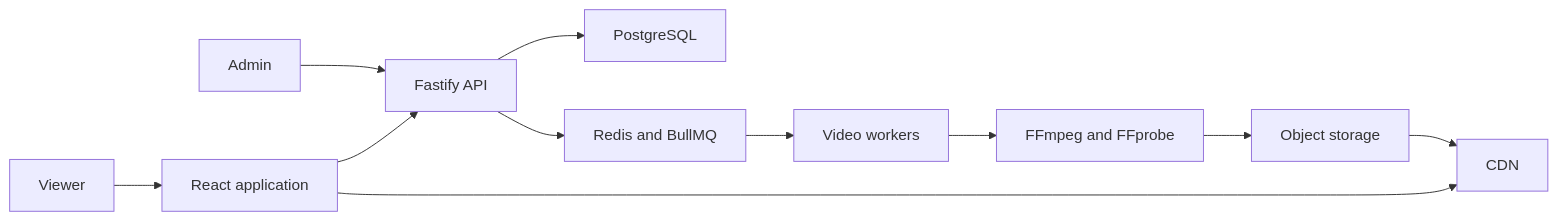
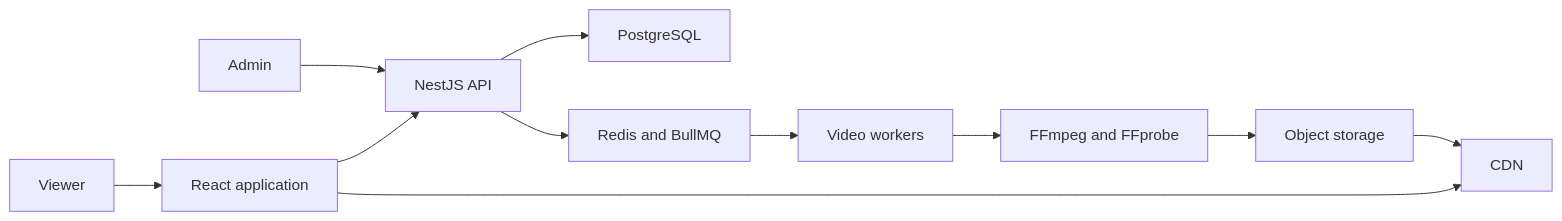
Before and after one commit to brickly26/tv-Broadcast: the diagram in docs/ARCHITECTURE.md, drawn with Mermaid. The commit also changed other lines of this file and 12 other files, not shown here.

````diff
--- a/docs/ARCHITECTURE.md
+++ b/docs/ARCHITECTURE.md
@@ -25,13 +25,13 @@
 ```mermaid
 flowchart LR
-    Admin["Admin"] --> API["Fastify API"]
+    Admin["Admin"] --> API["NestJS API"]
     API --> DB["PostgreSQL"]
     API --> Queue["Redis and BullMQ"]
     Queue --> Worker["Video workers"]
     Worker --> Media["FFmpeg and FFprobe"]
     Media --> Storage["Object storage"]
     Storage --> CDN["CDN"]
     Viewer["Viewer"] --> Web["React application"]
     Web --> API
     Web --> CDN
 ```
````
